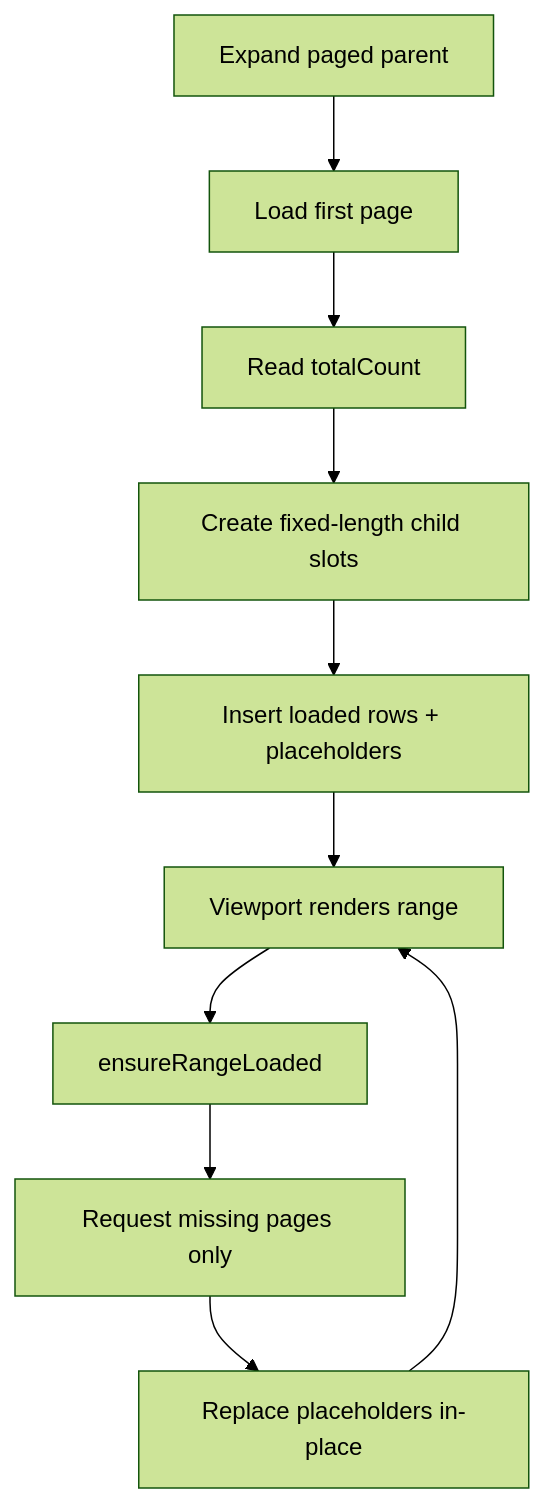
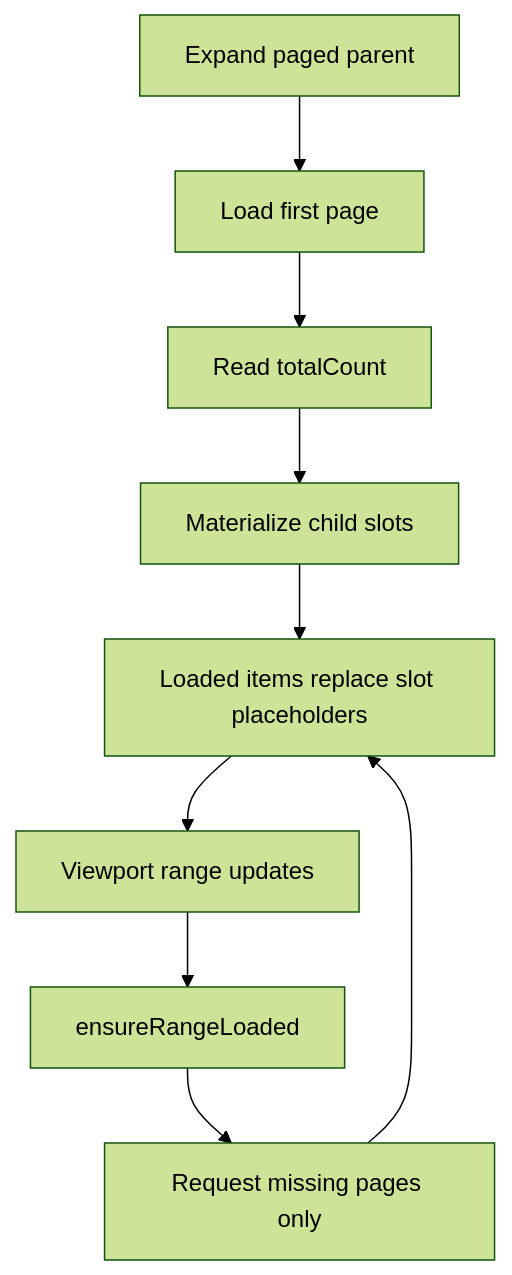
One commit to Robertcl795/tree-explorer changed the diagram in docs/page-aware-virtual-scroll.md. Above: the diagram before and after it, drawn with Mermaid (forest theme). The commit also changed other lines of this file and 33 other files, not shown here.

````diff
--- a/docs/page-aware-virtual-scroll.md
+++ b/docs/page-aware-virtual-scroll.md
@@ -17,12 +36,11 @@
 ```mermaid
 flowchart TD
   A[Expand paged parent] --> B[Load first page]
   B --> C[Read totalCount]
-  C --> D[Create fixed-length child slots]
-  D --> E[Insert loaded rows + placeholders]
-  E --> F[Viewport renders range]
+  C --> D[Materialize child slots]
+  D --> E[Loaded items replace slot placeholders]
+  E --> F[Viewport range updates]
   F --> G[ensureRangeLoaded]
   G --> H[Request missing pages only]
-  H --> I[Replace placeholders in-place]
-  I --> F
+  H --> E
 ```
````
